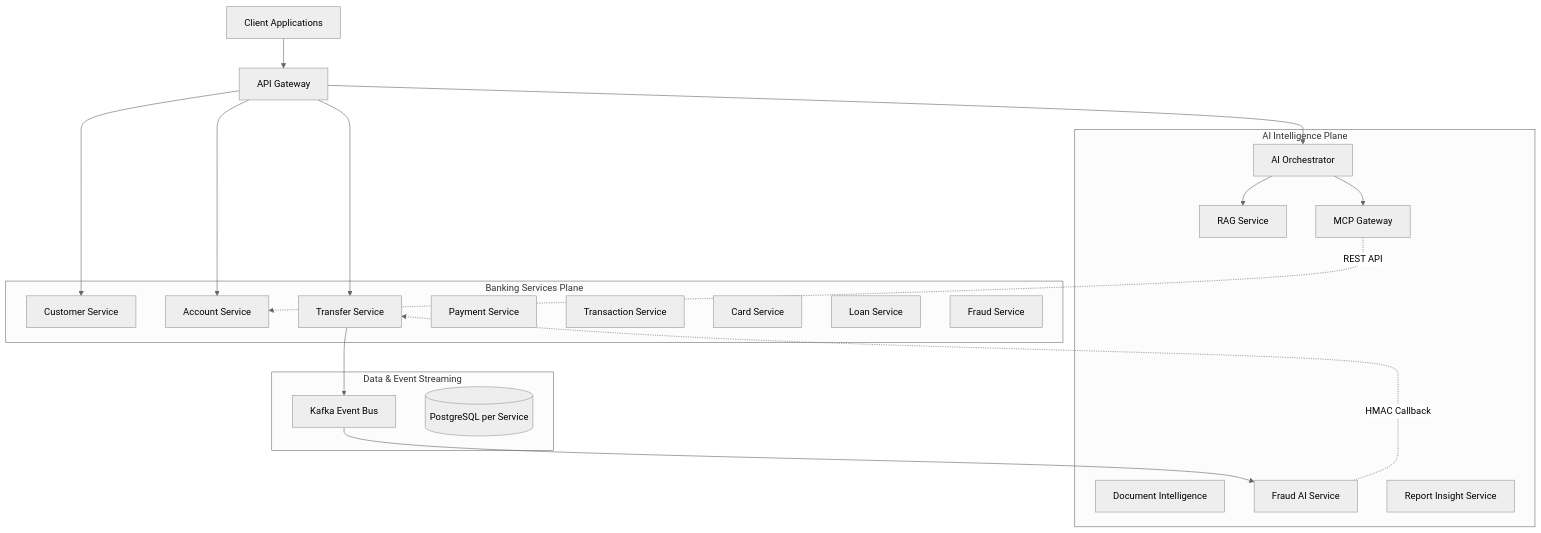
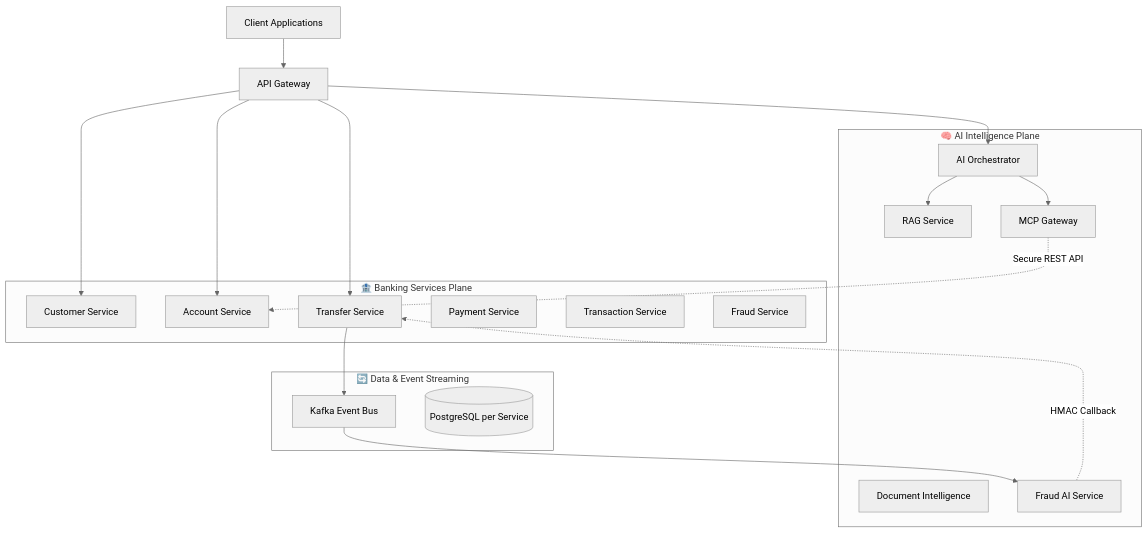
Before and after one commit to Aaseya120/Enterprise-Banking-AI: the diagram in ARCHITECTURE.md, drawn with Mermaid (neutral theme). The commit also changed other lines of this file and 3 other files, not shown here.

````diff
--- a/ARCHITECTURE.md
+++ b/ARCHITECTURE.md
@@ -11,42 +18,39 @@
 ```mermaid
 graph TD
     Client[Client Applications] --> APIGateway[API Gateway]
     
-    subgraph "Banking Services Plane"
+    subgraph "🏦 Banking Services Plane"
         Customer[Customer Service]
         Account[Account Service]
         Transfer[Transfer Service]
         Payment[Payment Service]
         Transaction[Transaction Service]
-        Card[Card Service]
-        Loan[Loan Service]
         Fraud[Fraud Service]
     end
 
-    subgraph "AI Intelligence Plane"
+    subgraph "🧠 AI Intelligence Plane"
         AiOrchestrator[AI Orchestrator]
         RagService[RAG Service]
         McpGateway[MCP Gateway]
         DocumentIntel[Document Intelligence]
         FraudAi[Fraud AI Service]
-        ReportInsight[Report Insight Service]
     end
     
-    subgraph "Data & Event Streaming"
+    subgraph "🔄 Data & Event Streaming"
         Kafka[Kafka Event Bus]
         Postgres[(PostgreSQL per Service)]
     end
 
     APIGateway --> Customer
     APIGateway --> Account
     APIGateway --> Transfer
     APIGateway --> AiOrchestrator
     
     AiOrchestrator --> RagService
     AiOrchestrator --> McpGateway
-    McpGateway -. "REST API" .-> Account
+    McpGateway -. "Secure REST API" .-> Account
     
     Transfer --> Kafka
     Kafka --> FraudAi
     FraudAi -. "HMAC Callback" .-> Transfer
 ```
````
